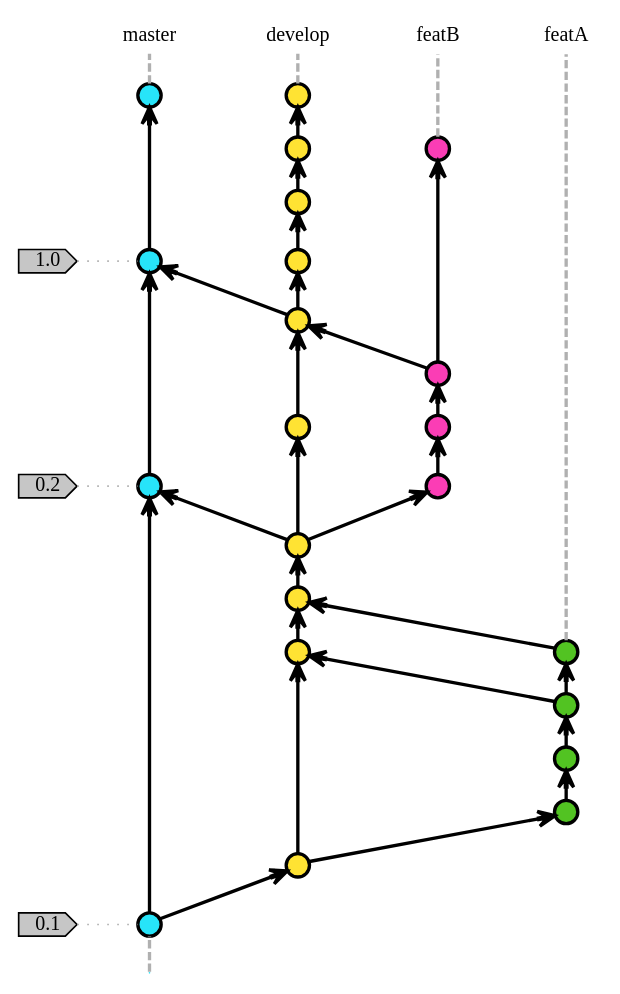
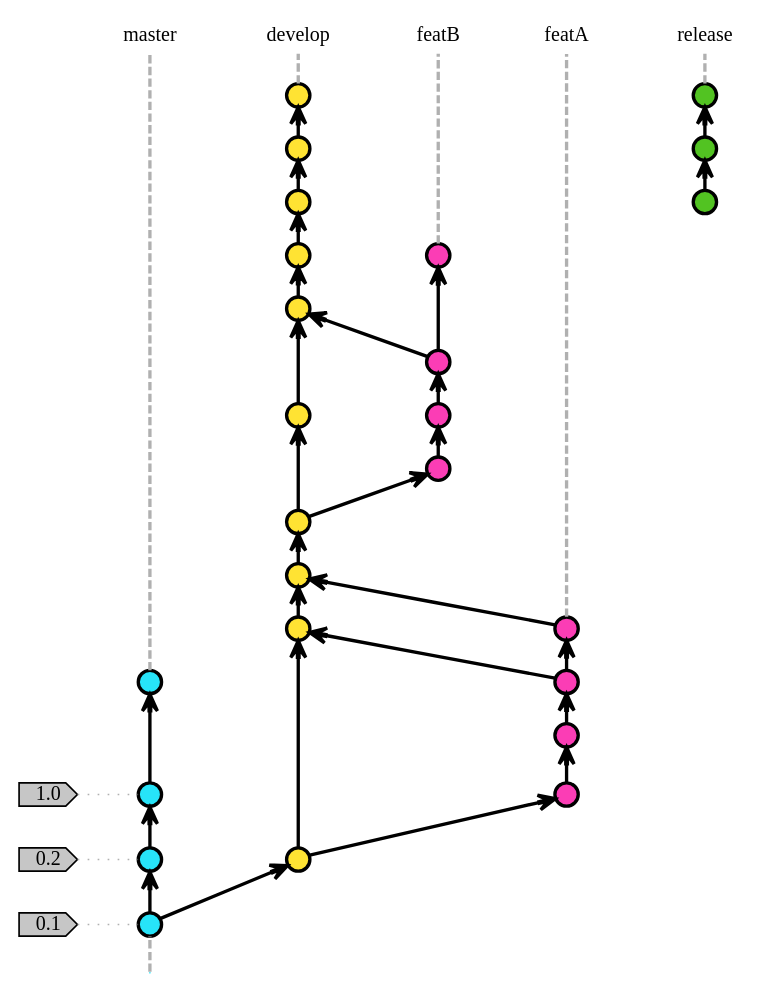
One commit to Jeanhwea/graphs changed the diagram in git-flow.dot. Above: the diagram before and after it, drawn with Graphviz.

Commit message:
[add] release

```diff
--- a/git-flow.dot
+++ b/git-flow.dot
@@ -1,93 +1,105 @@
 strict digraph git {
     rankdir="BT"; nodesep=0.5; ranksep=0.25; splines=line; forcelabels=false;
 
     // general
     node [style=filled, color="black", fontcolor="black", font="Consolas", fontsize="12pt" ];
     edge [arrowhead=vee, color="black", penwidth=2];
 
     // branch
     node [fixedsize=false, penwidth=0, fillcolor=none, shape=none, width=0, height=0, margin="0.05"];
     subgraph {
         rank=sink;
         master [label="master", group="master"];
+    }
+    subgraph {
+        rank=sink;
+        release [label="release", group="release"];
     }
     subgraph {
         rank=sink;
         develop [label="develop", group="develop"];
     }
     subgraph {
         rank=sink;
         featA [label="featA", group="featA"];
     }
     subgraph {
         rank=sink;
         featB [label="featB", group="featB"];
     }
 
     // tags
     node [shape=cds, fixedsize=false, fillcolor="#C6C6C6", penwidth=1, margin="0.11,0.055"]
     tag1 [label="0.1"]
     tag2 [label="0.2"]
     tag3 [label="1.0"]
 
 
     // graph
     node [width=0.2, height=0.2, fixedsize=true, label="", margin="0.11,0.055", shape=circle, penwidth=2, fillcolor="#FF0000"]
 
     // branches
     subgraph {
         node  [group="master", fillcolor="#27E4F9"];
-        mc1; mc2; mc3; mc4;
+        mst1; mst2; mst3; mst4;
         subgraph {
             rank=source;
-            ms [label="", width=0, height=0, penwidth=0];
+            init [label="", width=0, height=0, penwidth=0];
         }
-        mc1 -> mc2 -> mc3 -> mc4;
-        ms -> mc1 [color="#b0b0b0", style=dashed, arrowhead=none ];
-        mc4 -> master [color="#b0b0b0", style=dashed, arrowhead=none ];
+        init -> mst1 [color="#b0b0b0", style=dashed, arrowhead=none ];
+        mst1 -> mst2 -> mst3 -> mst4;
+        mst4 -> master [color="#b0b0b0", style=dashed, arrowhead=none ];
+    }
+
+    subgraph {
+        node  [group="release", fillcolor="#52C322"];
+        rc1; rc2; rc3;
+        rc1 -> rc2 -> rc3;
+        rc3 -> release [color="#b0b0b0", style=dashed, arrowhead=none];
     }
 
     subgraph {
         node  [group="develop", fillcolor="#FFE333"];
-        dc1; dc2; dc3; dc4; dc5; dc6; dc7; dc8; dc9; dc10;
-        dc1 -> dc2 -> dc3 -> dc4 -> dc5 -> dc6 -> dc7 -> dc8 -> dc9 -> dc10;
-        mc1 -> dc1;
-        dc4 -> mc2;
-        dc6 -> mc3;
-        dc10 -> develop [color="#b0b0b0", style=dashed, arrowhead=none ];
+        dev1; dev2; dev3; dev4; dev5; dev6; dev7; dev8; dev9; dev10;
+        dev1 -> dev2 -> dev3 -> dev4 -> dev5 -> dev6 -> dev7 -> dev8 -> dev9 -> dev10;
+        dev10 -> develop [color="#b0b0b0", style=dashed, arrowhead=none ];
     }
 
     subgraph {
-        node  [group="featA", fillcolor="#52C322"];
+        node  [group="featA", fillcolor="#FB3DB5"];
         fa1; fa2; fa3; fa4;
+        fa1 -> fa2 -> fa3 -> fa4;
         fa4 -> featA [color="#b0b0b0", style=dashed, arrowhead=none];
-        fa1 -> fa2 -> fa3 -> fa4;
-        dc1 -> fa1;
-        fa3 -> dc2;
-        fa4 -> dc3;
+
     }
 
     subgraph {
         node  [group="featB", fillcolor="#FB3DB5"];
         fb1; fb2; fb3; fb4;
+        fb1 -> fb2 -> fb3 -> fb4;
         fb4 -> featB [color="#b0b0b0", style=dashed, arrowhead=none];
-        fb1 -> fb2 -> fb3 -> fb4;
-        dc4 -> fb1;
-        fb3 -> dc6;
     }
+
+    // merge
+    mst1 -> dev1;
+    dev1 -> fa1;
+    dev4 -> fb1;
+    fa3 -> dev2;
+    fa4 -> dev3;
+    fb3 -> dev6;
 
     // tags connections
     edge [color="#b0b0b0", style=dotted, len=0.3, arrowhead=none, penwidth=1];
     subgraph  {
         rank="same";
-        tag1 -> mc1;
+        tag1 -> mst1;
     }
     subgraph  {
         rank="same";
-        tag2 -> mc2;
+        tag2 -> mst2;
     }
     subgraph  {
         rank="same";
-        tag3 -> mc3;
+        tag3 -> mst3;
     }
 }
```
